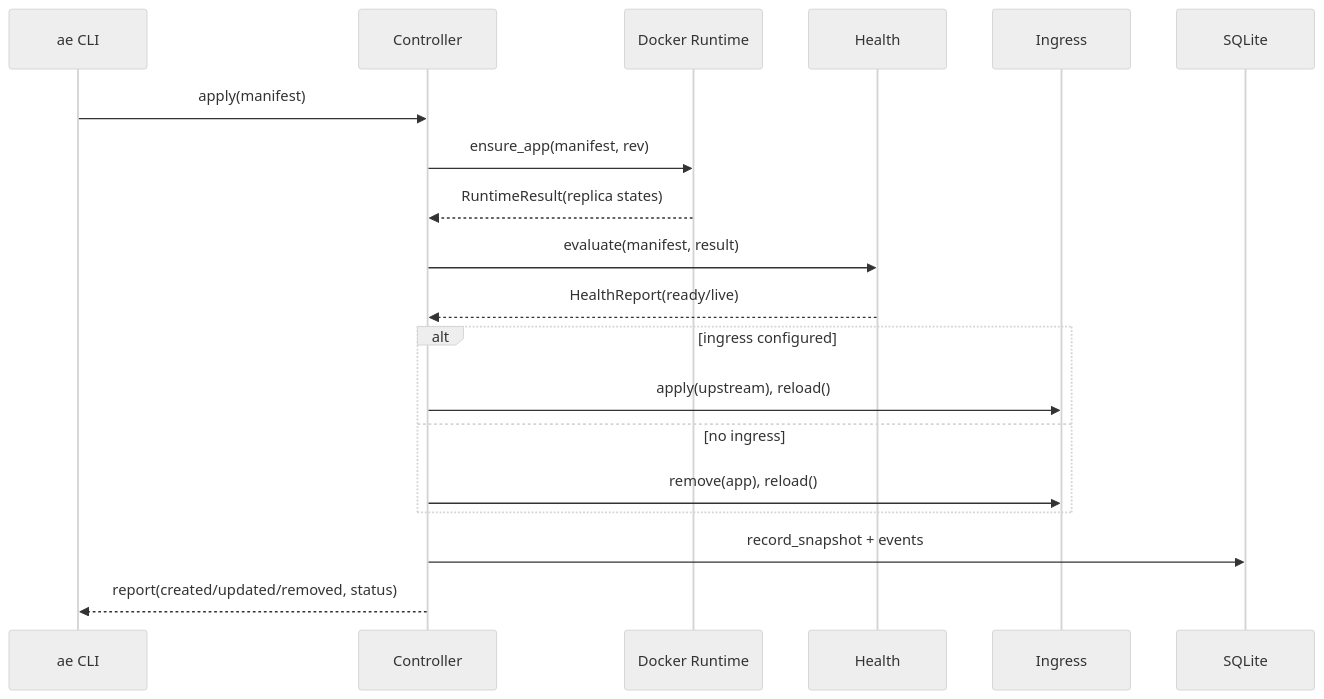
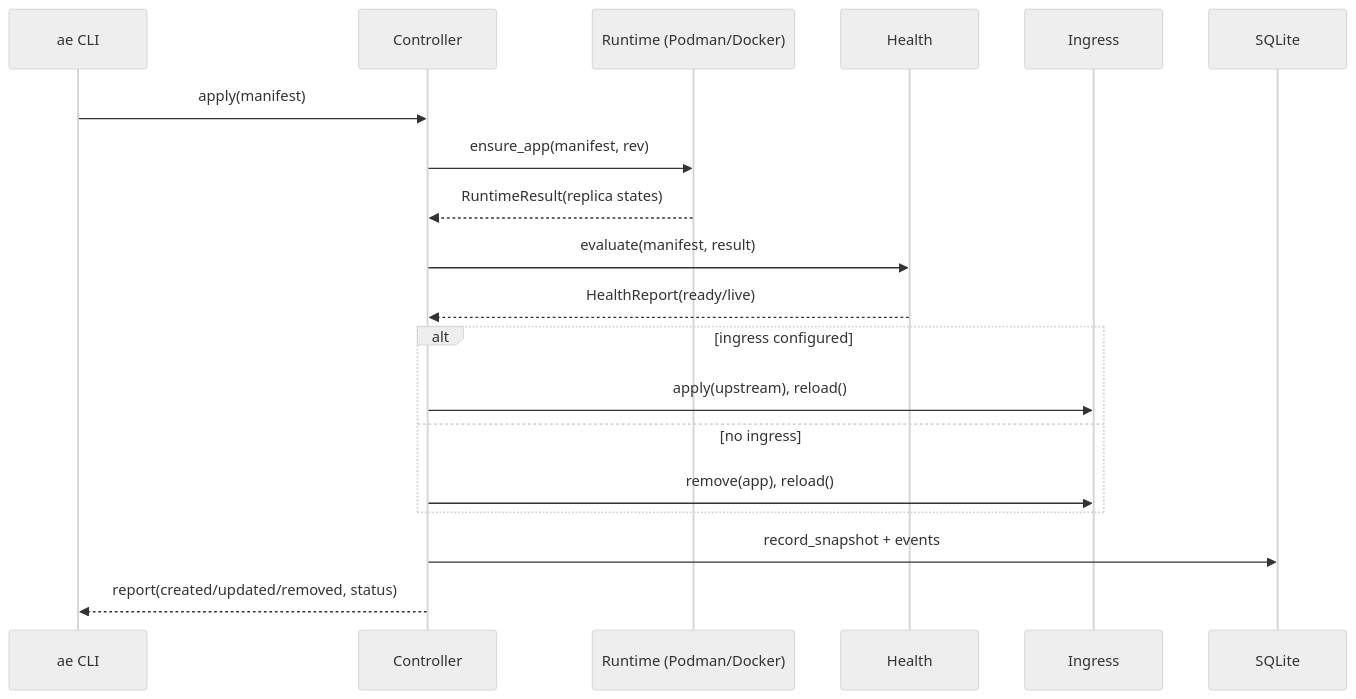
The diagram in docs/architecture.md (the-cm-collective/k1s), drawn with Mermaid (neutral theme) before and after one commit. The commit also changed other lines of this file and 18 other files, not shown here.

````diff
--- a/docs/architecture.md
+++ b/docs/architecture.md
@@ -59,22 +59,22 @@
 ```mermaid
 sequenceDiagram
   participant CLI as ae CLI
   participant C as Controller
-  participant R as Docker Runtime
+  participant R as Runtime (Podman/Docker)
   participant H as Health
   participant I as Ingress
   participant S as SQLite
 
   CLI->>C: apply(manifest)
   C->>R: ensure_app(manifest, rev)
   R-->>C: RuntimeResult(replica states)
   C->>H: evaluate(manifest, result)
   H-->>C: HealthReport(ready/live)
   alt ingress configured
     C->>I: apply(upstream), reload()
   else no ingress
     C->>I: remove(app), reload()
   end
   C->>S: record_snapshot + events
   C-->>CLI: report(created/updated/removed, status)
 ```
````
